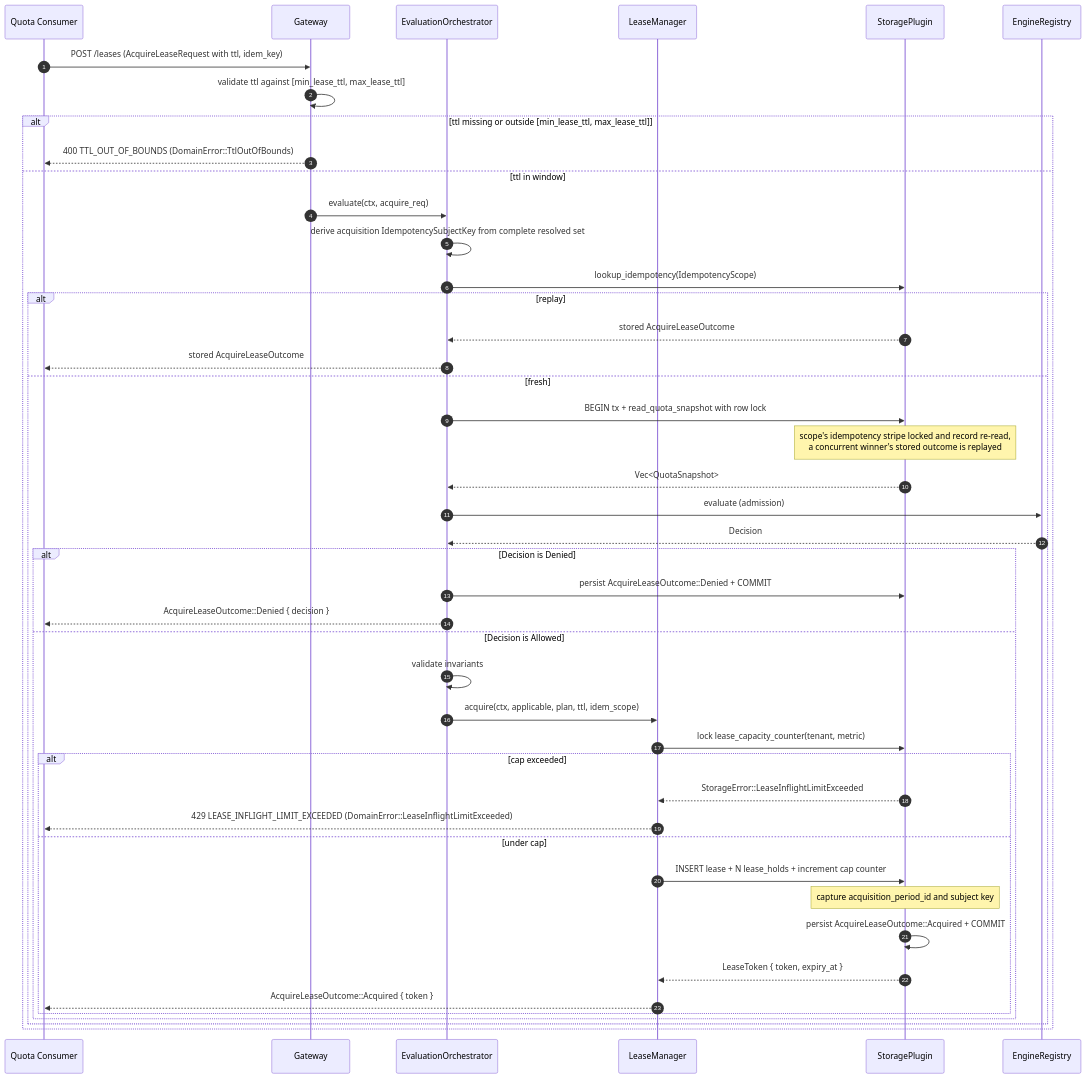
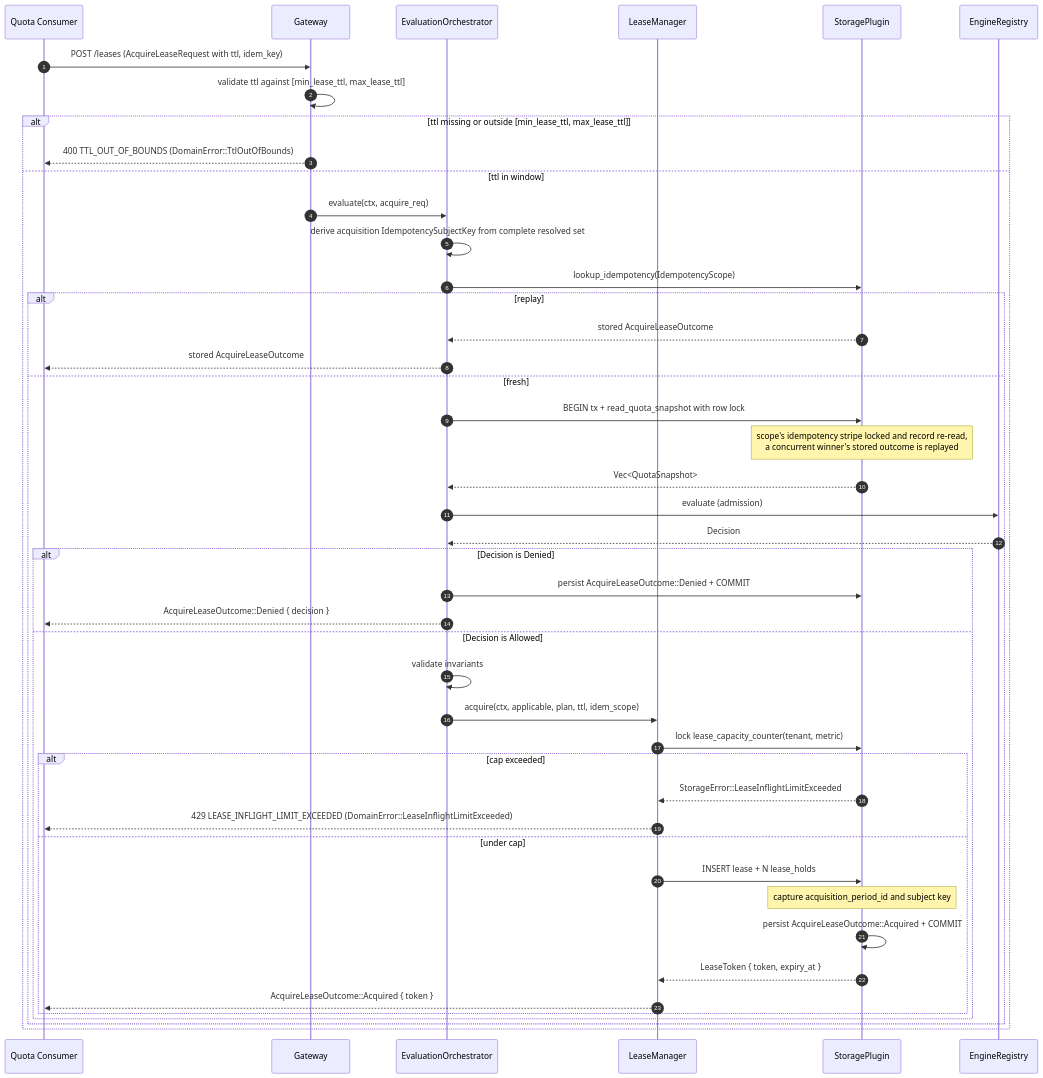
One commit to vgprod/gears-rust changed the seventh of 17 diagrams in gears/system/quota-enforcement/docs/DESIGN.md. Above: the diagram before and after it, drawn with Mermaid. The commit also changed other lines of this file and 11 other files, not shown here.

````diff
--- a/gears/system/quota-enforcement/docs/DESIGN.md
+++ b/gears/system/quota-enforcement/docs/DESIGN.md
@@ -1716,48 +1716,48 @@
 ```mermaid
 sequenceDiagram
     autonumber
     participant Caller as Quota Consumer
     participant GW as Gateway
     participant EO as EvaluationOrchestrator
     participant LM as LeaseManager
     participant SP as StoragePlugin
     participant ER as EngineRegistry
 
     Caller ->> GW: POST /leases (AcquireLeaseRequest with ttl, idem_key)
     GW ->> GW: validate ttl against [min_lease_ttl, max_lease_ttl]
     alt ttl missing or outside [min_lease_ttl, max_lease_ttl]
         GW -->> Caller: 400 TTL_OUT_OF_BOUNDS (DomainError::TtlOutOfBounds)
     else ttl in window
         GW ->> EO: evaluate(ctx, acquire_req)
         EO ->> EO: derive acquisition IdempotencySubjectKey from complete resolved set
         EO ->> SP: lookup_idempotency(IdempotencyScope)
         alt replay
             SP -->> EO: stored AcquireLeaseOutcome
             EO -->> Caller: stored AcquireLeaseOutcome
         else fresh
             EO ->> SP: BEGIN tx + read_quota_snapshot with row lock
             Note over SP: scope's idempotency stripe locked and record re-read,<br/>a concurrent winner's stored outcome is replayed
             SP -->> EO: Vec<QuotaSnapshot>
             EO ->> ER: evaluate (admission)
             ER -->> EO: Decision
             alt Decision is Denied
                 EO ->> SP: persist AcquireLeaseOutcome::Denied + COMMIT
                 EO -->> Caller: AcquireLeaseOutcome::Denied { decision }
             else Decision is Allowed
                 EO ->> EO: validate invariants
                 EO ->> LM: acquire(ctx, applicable, plan, ttl, idem_scope)
                 LM ->> SP: lock lease_capacity_counter(tenant, metric)
                 alt cap exceeded
                     SP -->> LM: StorageError::LeaseInflightLimitExceeded
                     LM -->> Caller: 429 LEASE_INFLIGHT_LIMIT_EXCEEDED (DomainError::LeaseInflightLimitExceeded)
                 else under cap
-                    LM ->> SP: INSERT lease + N lease_holds + increment cap counter
+                    LM ->> SP: INSERT lease + N lease_holds
                     Note over SP: capture acquisition_period_id and subject key
                     SP ->> SP: persist AcquireLeaseOutcome::Acquired + COMMIT
                     SP -->> LM: LeaseToken { token, expiry_at }
                     LM -->> Caller: AcquireLeaseOutcome::Acquired { token }
                 end
             end
         end
     end
 ```
````
